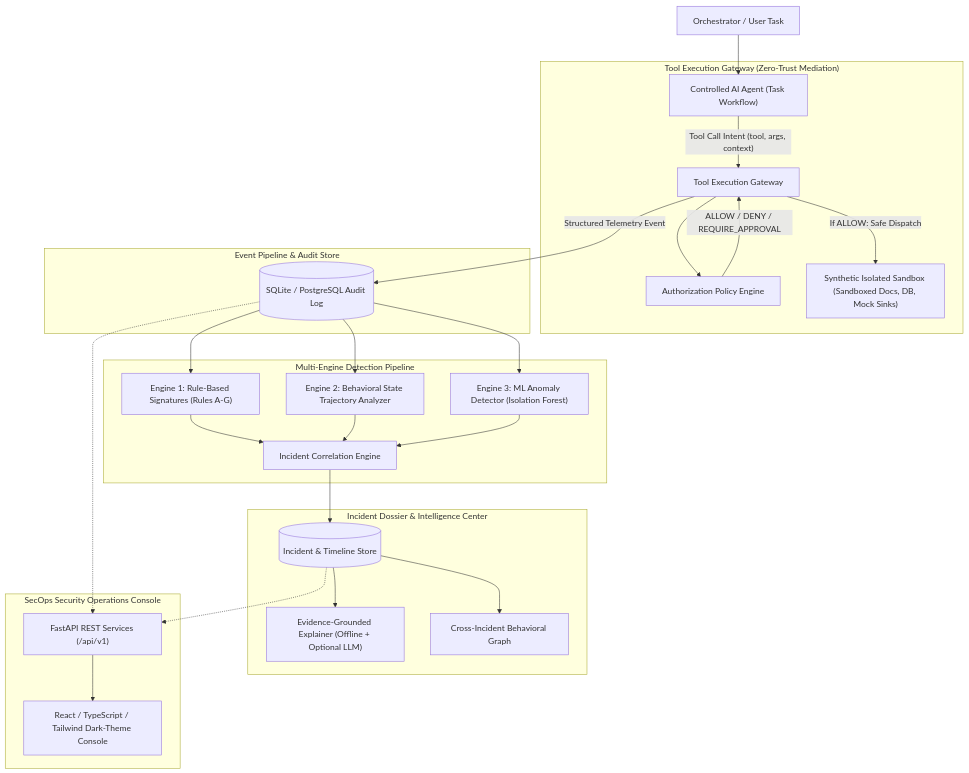
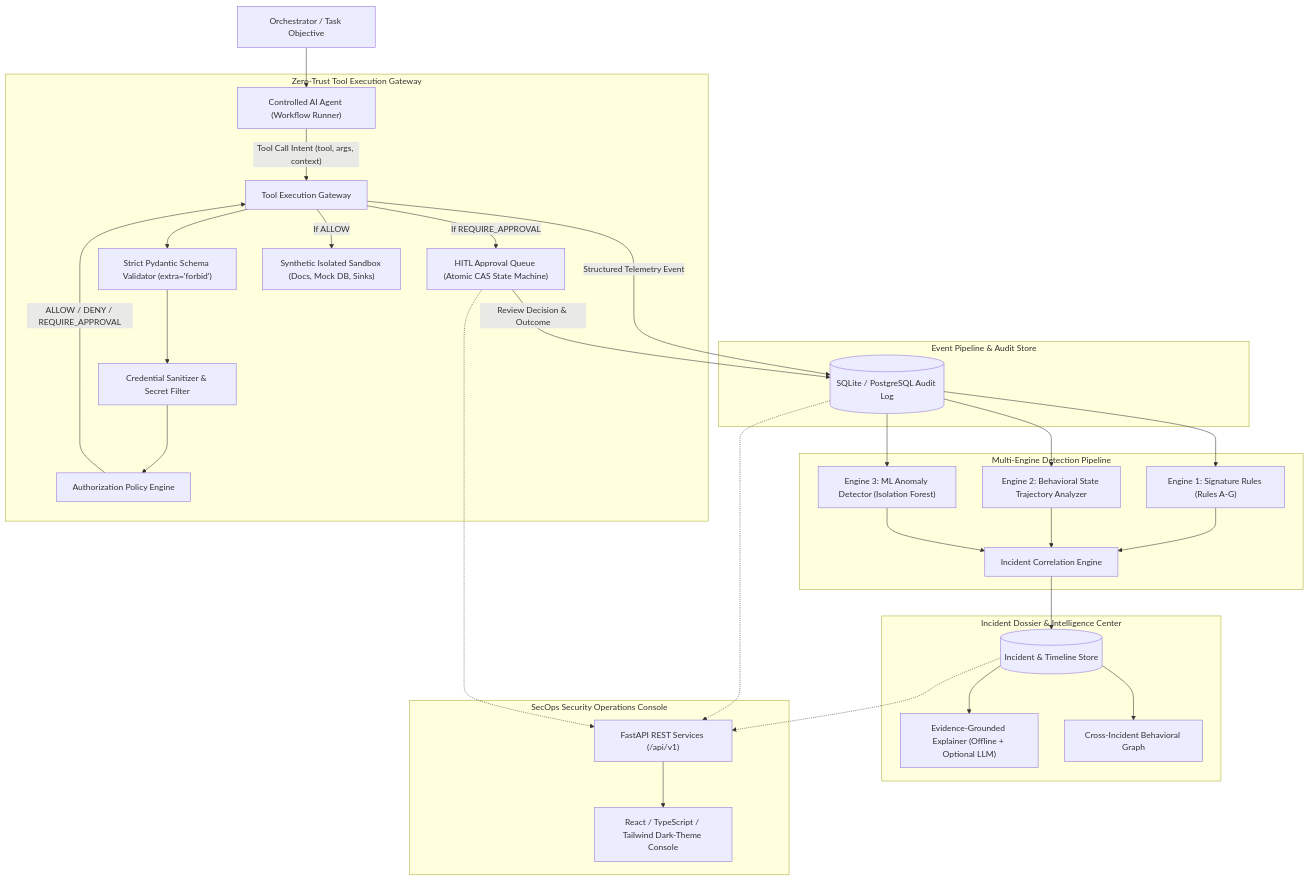
Before and after one commit to yeshwanthreddynandigala-hub/AegisAI: the diagram in README.md, drawn with Mermaid. The commit also changed other lines of this file and 7 other files, not shown here.

````diff
--- a/README.md
+++ b/README.md
@@ -27,36 +30,41 @@
 ```mermaid
 flowchart TD
-    User["Orchestrator / User Task"] --> Agent["Controlled AI Agent (Task Workflow)"]
+    User["Orchestrator / Task Objective"] --> Agent["Controlled AI Agent (Workflow Runner)"]
 
-    subgraph MediationLayer ["Tool Execution Gateway (Zero-Trust Mediation)"]
+    subgraph MediationLayer ["Zero-Trust Tool Execution Gateway"]
         Agent -->|"Tool Call Intent (tool, args, context)"| Gateway["Tool Execution Gateway"]
-        Gateway --> PolicyEngine["Authorization Policy Engine"]
+        Gateway --> SchemaValidator["Strict Pydantic Schema Validator (extra='forbid')"]
+        SchemaValidator --> Sanitizer["Credential Sanitizer & Secret Filter"]
+        Sanitizer --> PolicyEngine["Authorization Policy Engine"]
         PolicyEngine -->|"ALLOW / DENY / REQUIRE_APPROVAL"| Gateway
-        Gateway -->|"If ALLOW: Safe Dispatch"| Sandbox["Synthetic Isolated Sandbox (Sandboxed Docs, DB, Mock Sinks)"]
+        Gateway -->|"If REQUIRE_APPROVAL"| HITL["HITL Approval Queue (Atomic CAS State Machine)"]
+        Gateway -->|"If ALLOW"| Sandbox["Synthetic Isolated Sandbox (Docs, Mock DB, Sinks)"]
     end
 
     subgraph TelemetryLayer ["Event Pipeline & Audit Store"]
         Gateway -->|"Structured Telemetry Event"| AuditDB[("SQLite / PostgreSQL Audit Log")]
+        HITL -->|"Review Decision & Outcome"| AuditDB
     end
 
     subgraph DetectionLayer ["Multi-Engine Detection Pipeline"]
-        AuditDB --> RuleEngine["Engine 1: Rule-Based Signatures (Rules A-G)"]
+        AuditDB --> RuleEngine["Engine 1: Signature Rules (Rules A-G)"]
         AuditDB --> SequenceEngine["Engine 2: Behavioral State Trajectory Analyzer"]
         AuditDB --> MLEngine["Engine 3: ML Anomaly Detector (Isolation Forest)"]
         RuleEngine --> CorrelationEngine["Incident Correlation Engine"]
         SequenceEngine --> CorrelationEngine
         MLEngine --> CorrelationEngine
     end
 
     subgraph InvestigationLayer ["Incident Dossier & Intelligence Center"]
         CorrelationEngine --> Incidents[("Incident & Timeline Store")]
         Incidents --> Explainer["Evidence-Grounded Explainer (Offline + Optional LLM)"]
         Incidents --> ThreatIntel["Cross-Incident Behavioral Graph"]
     end
 
     subgraph PresentationLayer ["SecOps Security Operations Console"]
         Incidents -.-> API["FastAPI REST Services (/api/v1)"]
         AuditDB -.-> API
+        HITL -.-> API
         API --> UI["React / TypeScript / Tailwind Dark-Theme Console"]
     end
 ```
````
